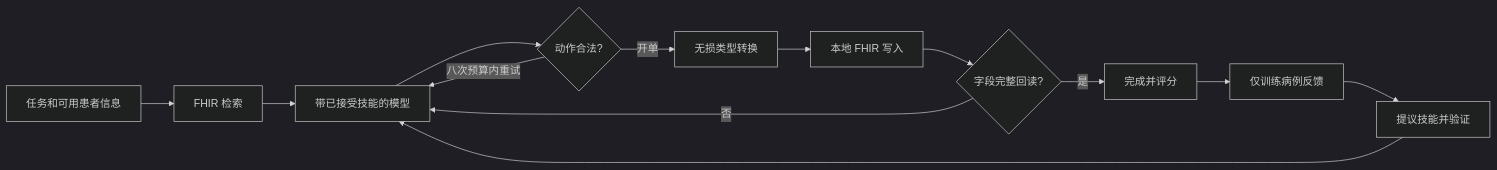
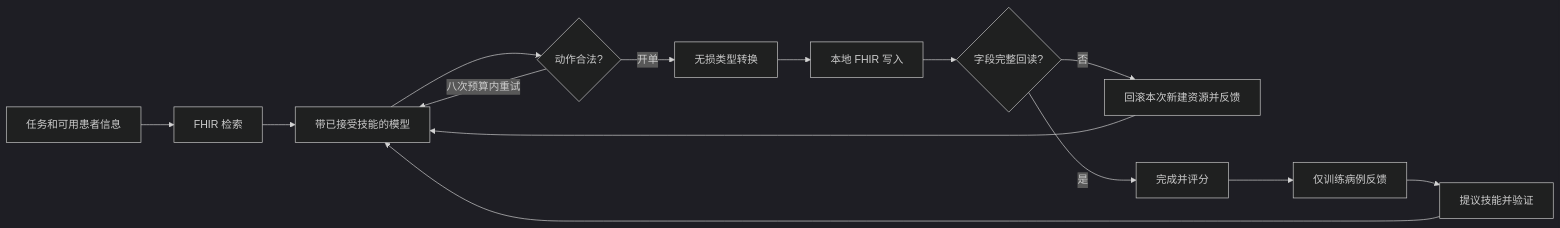
Before and after one commit to ZaneLing/PRISMATIC: the second of 2 diagrams in paper/RXRSI_DESIGN.zh.md, drawn with Mermaid (dark theme). The commit also changed other lines of this file and 45 other files, not shown here.

````diff
--- a/paper/RXRSI_DESIGN.zh.md
+++ b/paper/RXRSI_DESIGN.zh.md
@@ -64,15 +65,16 @@
 ```mermaid
 flowchart LR
   A[任务和可用患者信息] --> B[FHIR 检索]
   B --> C[带已接受技能的模型]
   C --> D{动作合法?}
   D -- 八次预算内重试 --> C
   D -- 开单 --> E[无损类型转换]
   E --> F[本地 FHIR 写入]
   F --> G{字段完整回读?}
-  G -- 否 --> C
+  G -- 否 --> R[回滚本次新建资源并反馈]
+  R --> C
   G -- 是 --> H[完成并评分]
   H --> I[仅训练病例反馈]
   I --> J[提议技能并验证]
   J --> C
 ```
````
